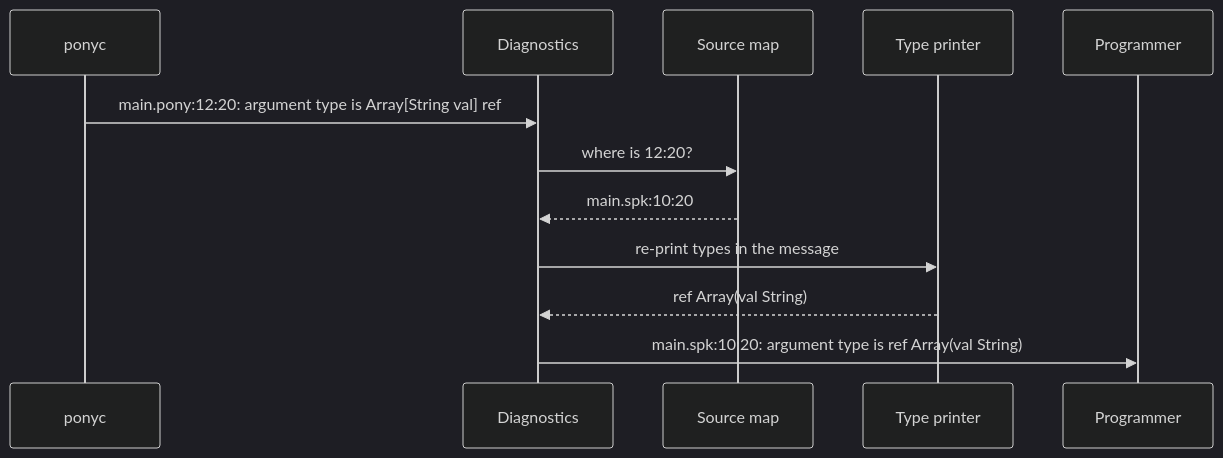
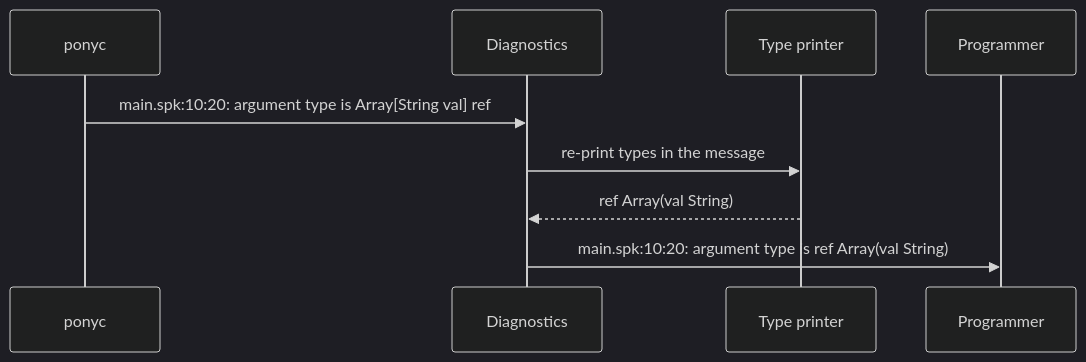
The third of 5 diagrams in DESIGN.md (nogginly/sparkle), drawn with Mermaid (dark theme) before and after one commit. The commit also changed other lines of this file and 7 other files, not shown here.

````diff
--- a/DESIGN.md
+++ b/DESIGN.md
@@ -74,14 +72,11 @@
 ```mermaid
 sequenceDiagram
     participant P as ponyc
     participant D as Diagnostics
-    participant M as Source map
     participant T as Type printer
     participant U as Programmer
-    P->>D: main.pony:12:20: argument type is Array[String val] ref
-    D->>M: where is 12:20?
-    M-->>D: main.spk:10:20
+    P->>D: main.spk:10:20: argument type is Array[String val] ref
     D->>T: re-print types in the message
     T-->>D: ref Array(val String)
     D->>U: main.spk:10:20: argument type is ref Array(val String)
 ```
````
